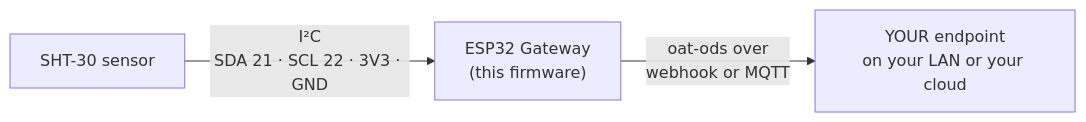
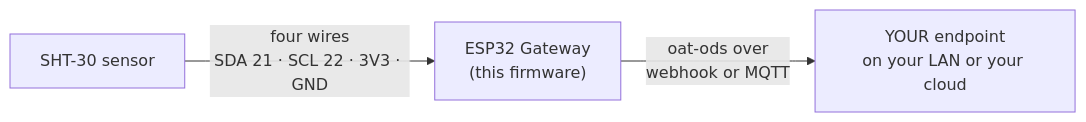
Before and after one commit to openagtechnology/oat-sketches: the diagram in oat-sht30-node/README.md, drawn with Mermaid.

Commit message:
publish: oat-sdi12-reader, oat-ds18b20-node, oat-sht30-node, oat-ble-listener, oat-modbus-reader, oat-analog-reader, oat-cwsi-node, oat-loadcell-water + library front page

````diff
--- a/oat-sht30-node/README.md
+++ b/oat-sht30-node/README.md
@@ -33,5 +33,5 @@
 ```mermaid
 flowchart LR
-  S1["SHT-30 sensor"] -- "I²C<br>SDA 21 · SCL 22 · 3V3 · GND" --> GW["ESP32 Gateway<br>(this firmware)"]
+  S1["SHT-30 sensor"] -- "four wires<br>SDA 21 · SCL 22 · 3V3 · GND" --> GW["ESP32 Gateway<br>(this firmware)"]
   GW -- "oat-ods over<br>webhook or MQTT" --> E["YOUR endpoint<br>on your LAN or your cloud"]
 ```
````
